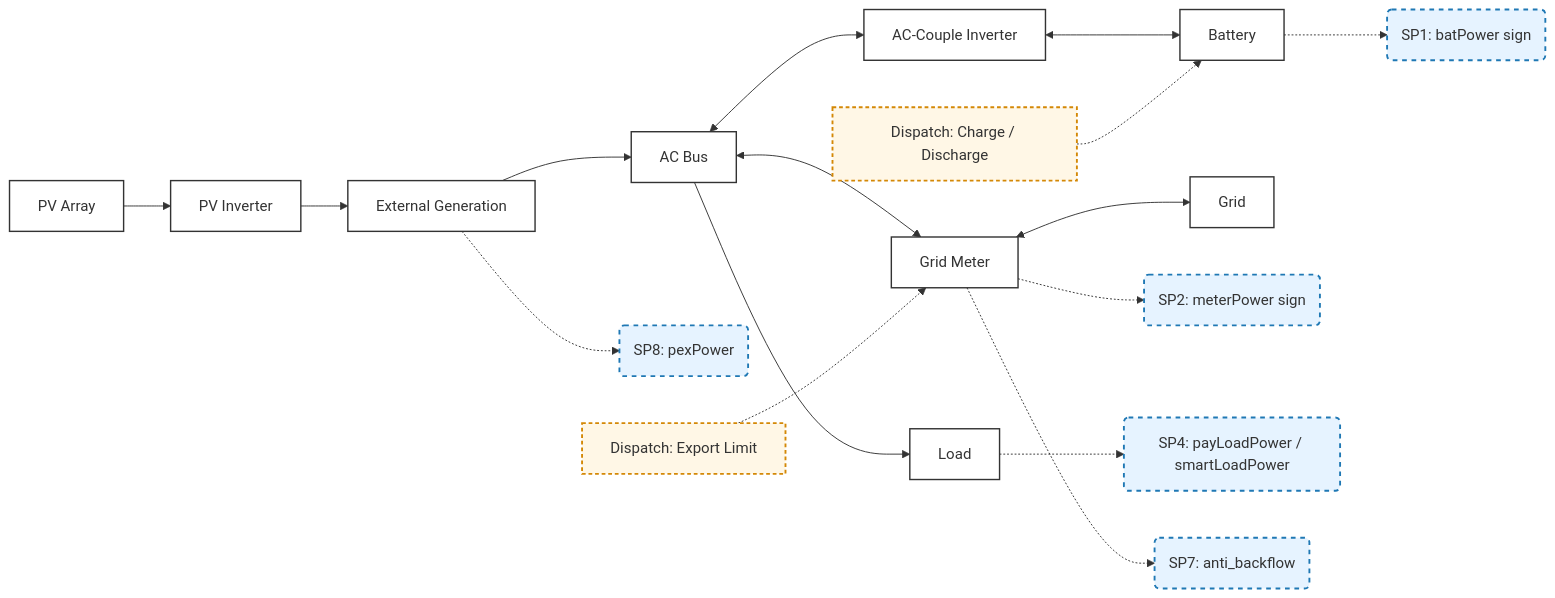
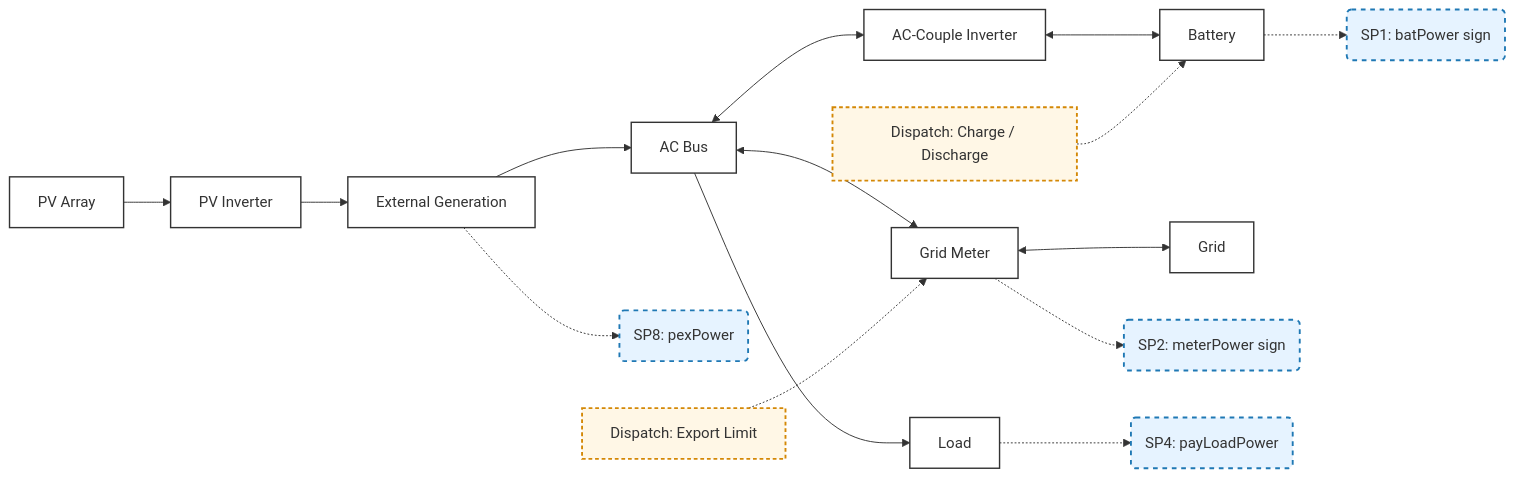
Before and after one commit to EugeneJian/growatt-unified-api: the third of 8 diagrams in Growatt API/OPENAPI/13_ess_semantic_model.md, drawn with Mermaid. The commit also changed other lines of this file and 2 other files, not shown here.

````diff
--- a/Growatt API/OPENAPI/13_ess_semantic_model.md
+++ b/Growatt API/OPENAPI/13_ess_semantic_model.md
@@ -130,48 +128,46 @@
 ```mermaid
 flowchart LR
 
     classDef asset fill:#ffffff,stroke:#333,stroke-width:1.5px;
     classDef semantic fill:#e6f3ff,stroke:#1f78b4,stroke-width:2px,stroke-dasharray: 5 5;
     classDef dispatch fill:#fff7e6,stroke:#d48806,stroke-width:2px,stroke-dasharray: 4 3;
 
     PV[PV Array]
     PVInverter[PV Inverter]
     ExternalGeneration[External Generation]
     ACBus[AC Bus]
     ACInverter[AC-Couple Inverter]
     Battery[Battery]
     GridMeter[Grid Meter]
     Load[Load]
     Grid[Grid]
 
     PV --> PVInverter
     PVInverter --> ExternalGeneration
     ExternalGeneration --> ACBus
     ACBus <--> ACInverter
     ACInverter <--> Battery
     ACBus --> Load
     ACBus <--> GridMeter
     GridMeter <--> Grid
 
     SP1(SP1: batPower sign)
     SP2(SP2: meterPower sign)
-    SP4(SP4: payLoadPower / smartLoadPower)
-    SP7(SP7: anti_backflow)
+    SP4(SP4: payLoadPower)
     SP8(SP8: pexPower)
 
     Battery -.-> SP1
     GridMeter -.-> SP2
     Load -.-> SP4
-    GridMeter -.-> SP7
     ExternalGeneration -.-> SP8
 
     D1[Dispatch: Charge / Discharge]
     D2[Dispatch: Export Limit]
 
     D1 -.-> Battery
     D2 -.-> GridMeter
 
     class PV,PVInverter,ExternalGeneration,ACBus,ACInverter,Battery,GridMeter,Load,Grid asset;
-    class SP1,SP2,SP4,SP7,SP8 semantic;
+    class SP1,SP2,SP4,SP8 semantic;
     class D1,D2 dispatch;
 ```
````
